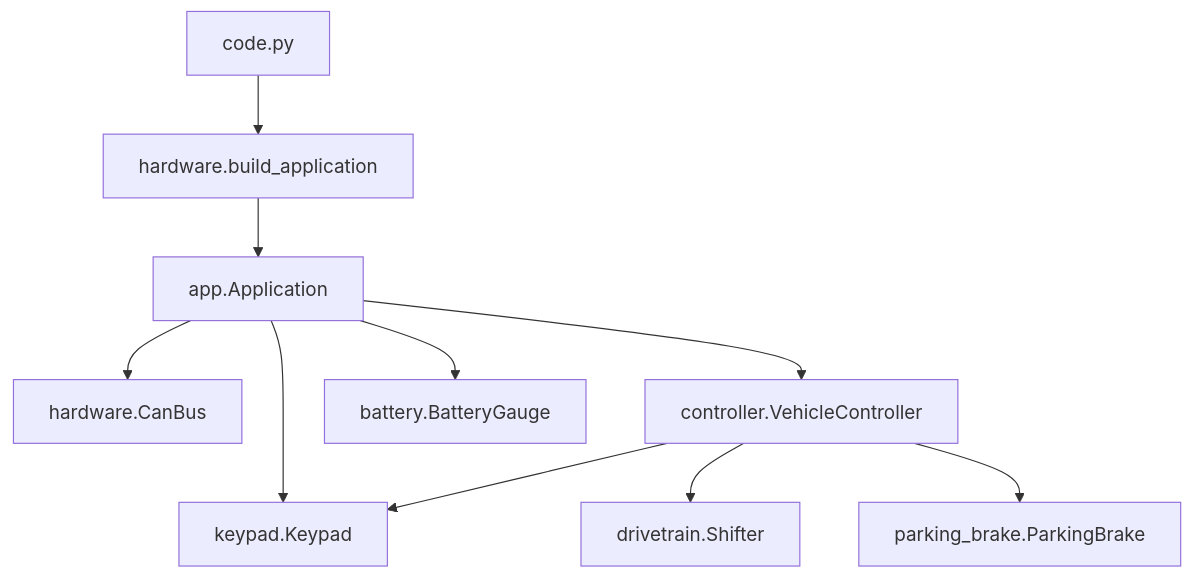
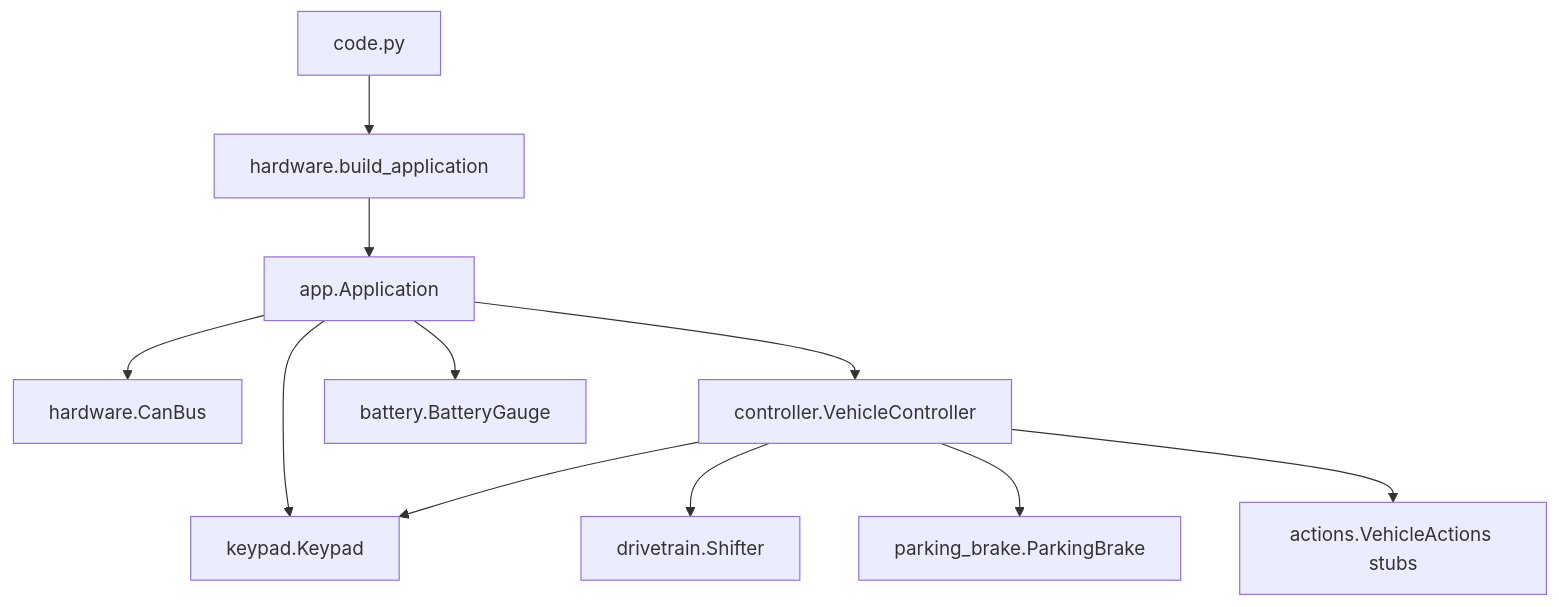
The first of 2 diagrams in lode/architecture/summary.md (dreamev/mm-ecu), drawn with Mermaid before and after one commit. The commit also changed other lines of this file and 14 other files, not shown here.

First line of the commit message:
feat: handle all 12 keys; stub vehicle actions; key release + hold time

````diff
--- a/lode/architecture/summary.md
+++ b/lode/architecture/summary.md
@@ -20,12 +21,13 @@
 ```mermaid
 flowchart TD
   code[code.py] --> hw[hardware.build_application]
   hw --> App[app.Application]
   App --> Bus[hardware.CanBus]
   App --> Pad[keypad.Keypad]
   App --> Ctl[controller.VehicleController]
   App --> Gauge[battery.BatteryGauge]
   Ctl --> Pad
   Ctl --> Shifter[drivetrain.Shifter]
   Ctl --> Brake[parking_brake.ParkingBrake]
+  Ctl --> Actions[actions.VehicleActions stubs]
 ```
````
